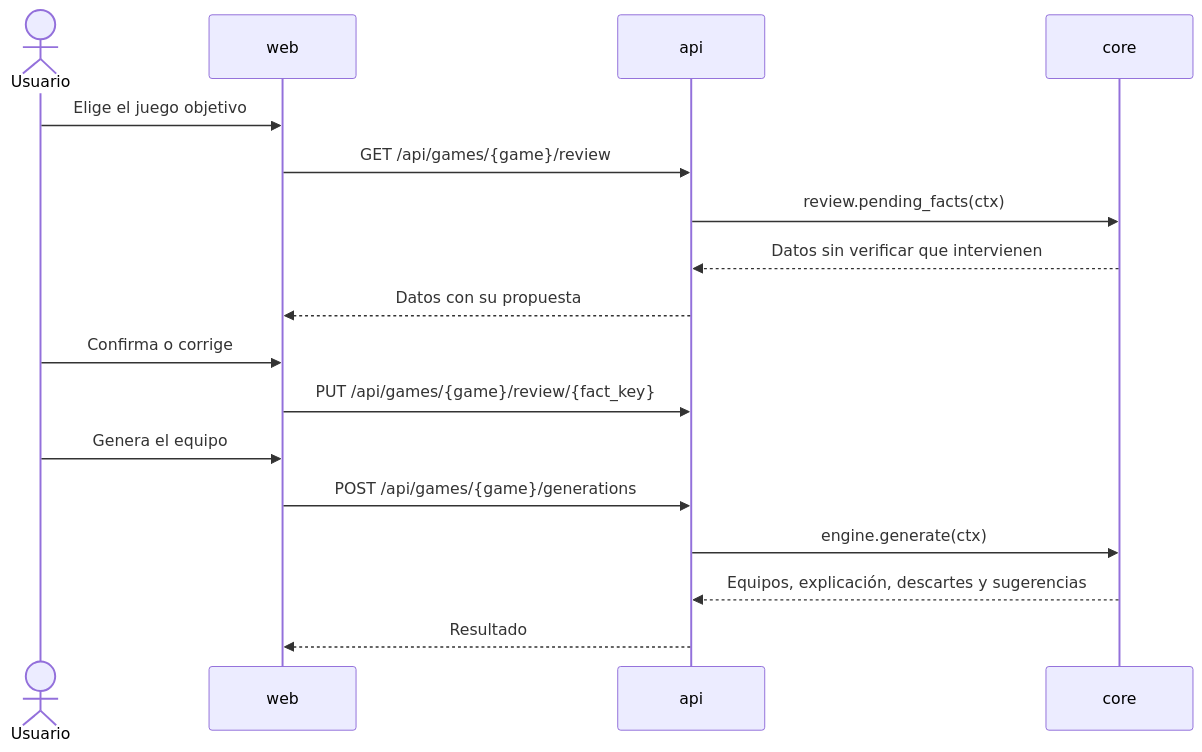
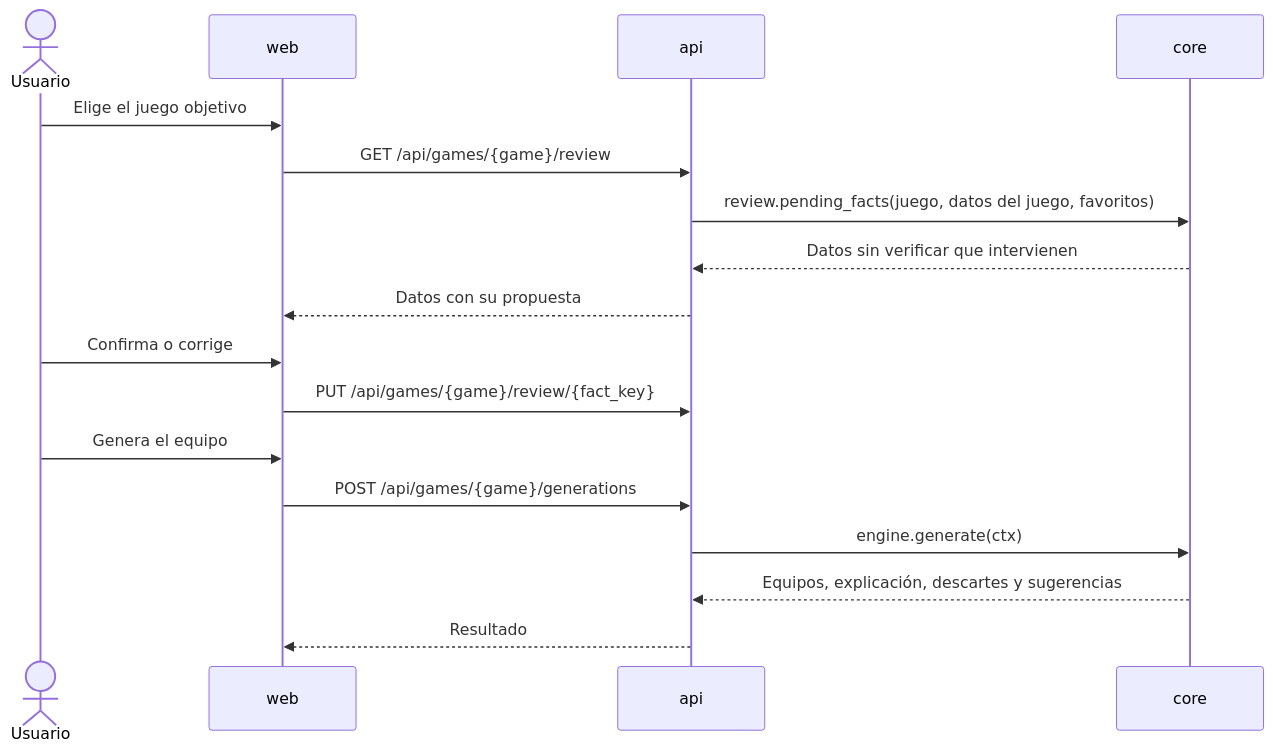
One commit to AlbertoMercado/pokemon-team-builder changed the fourth of 4 diagrams in docs/02-ddt/arquitectura.md. Above: the diagram before and after it, drawn with Mermaid. The commit also changed 7 other files, not shown here.

First line of the commit message:
feat(core): añadir la revisión de los datos sin verificar (RN-18, fase 6 del motor)

````diff
--- a/docs/02-ddt/arquitectura.md
+++ b/docs/02-ddt/arquitectura.md
@@ -164,19 +164,19 @@
 ```mermaid
 sequenceDiagram
     actor U as Usuario
     participant W as web
     participant A as api
     participant C as core
     U->>W: Elige el juego objetivo
     W->>A: GET /api/games/{game}/review
-    A->>C: review.pending_facts(ctx)
+    A->>C: review.pending_facts(juego, datos del juego, favoritos)
     C-->>A: Datos sin verificar que intervienen
     A-->>W: Datos con su propuesta
     U->>W: Confirma o corrige
     W->>A: PUT /api/games/{game}/review/{fact_key}
     U->>W: Genera el equipo
     W->>A: POST /api/games/{game}/generations
     A->>C: engine.generate(ctx)
     C-->>A: Equipos, explicación, descartes y sugerencias
     A-->>W: Resultado
 ```
````
